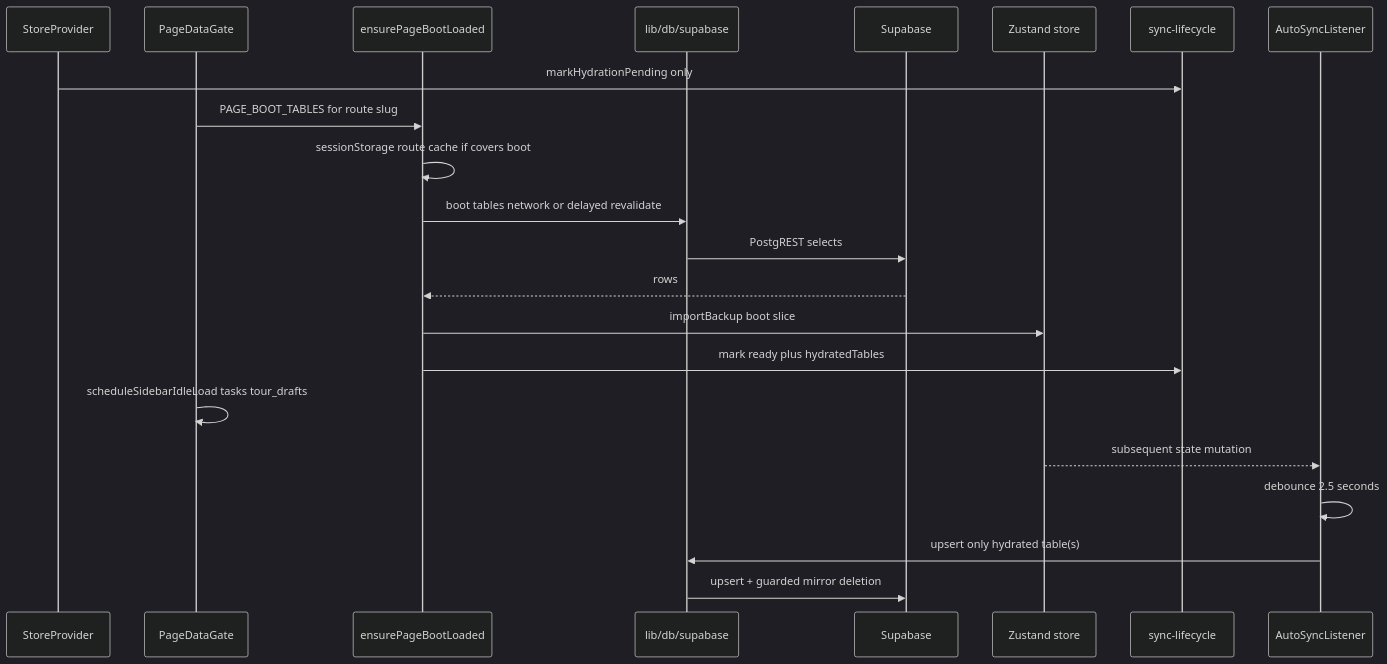
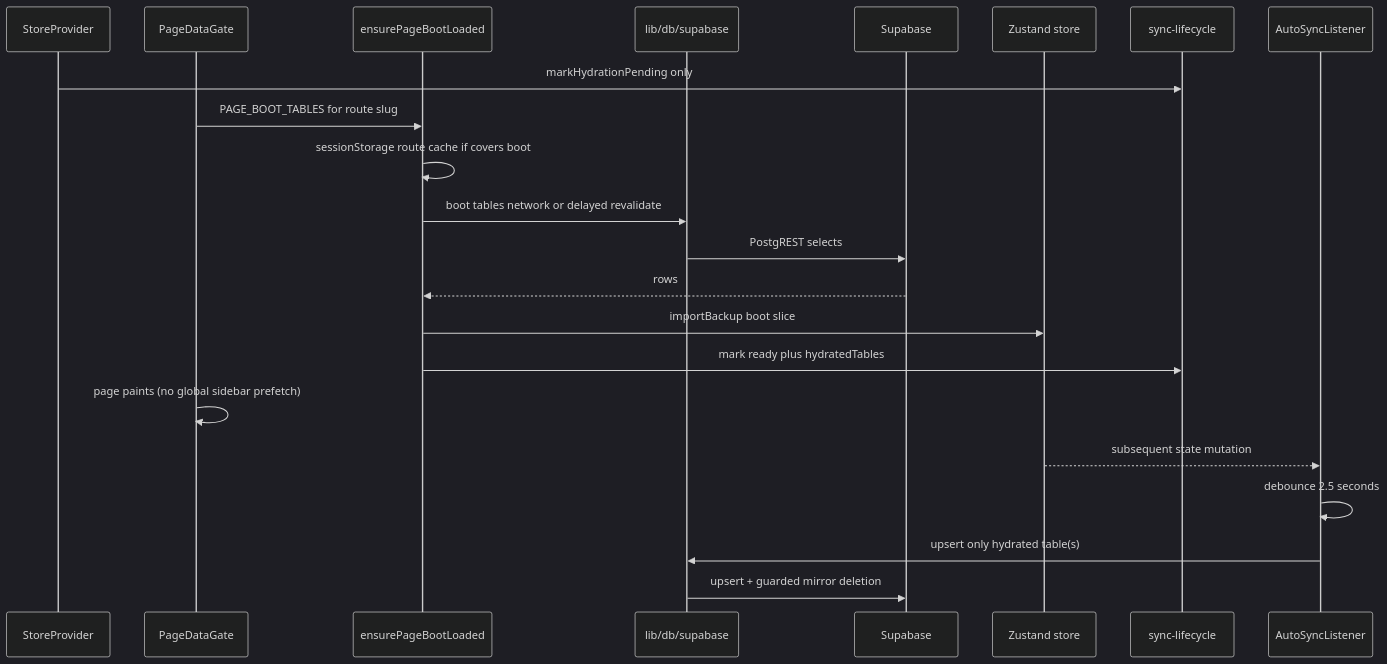
The seventh of 12 diagrams in docs/GRAPHRAG-MEMORY.md (ThanhBinhAG/TheAntAdventure), drawn with Mermaid (dark theme) before and after one commit. The commit also changed other lines of this file and 257 other files, not shown here.

Commit message:
feat: Improve on TourDesgin, makes 3 more template outline to use, improve on page requests

````diff
--- a/docs/GRAPHRAG-MEMORY.md
+++ b/docs/GRAPHRAG-MEMORY.md
@@ -260,24 +260,24 @@
 ```mermaid
 sequenceDiagram
   participant SP as StoreProvider
   participant PG as PageDataGate
   participant HY as ensurePageBootLoaded
   participant DB as lib/db/supabase
   participant SB as Supabase
   participant Z as Zustand store
   participant HL as sync-lifecycle
   participant AS as AutoSyncListener
   SP->>HL: markHydrationPending only
   PG->>HY: PAGE_BOOT_TABLES for route slug
   HY->>HY: sessionStorage route cache if covers boot
   HY->>DB: boot tables network or delayed revalidate
   DB->>SB: PostgREST selects
   SB-->>HY: rows
   HY->>Z: importBackup boot slice
   HY->>HL: mark ready plus hydratedTables
-  PG->>PG: scheduleSidebarIdleLoad tasks tour_drafts
+  PG->>PG: page paints (no global sidebar prefetch)
   Z-->>AS: subsequent state mutation
   AS->>AS: debounce 2.5 seconds
   AS->>DB: upsert only hydrated table(s)
   DB->>SB: upsert + guarded mirror deletion
 ```
````
